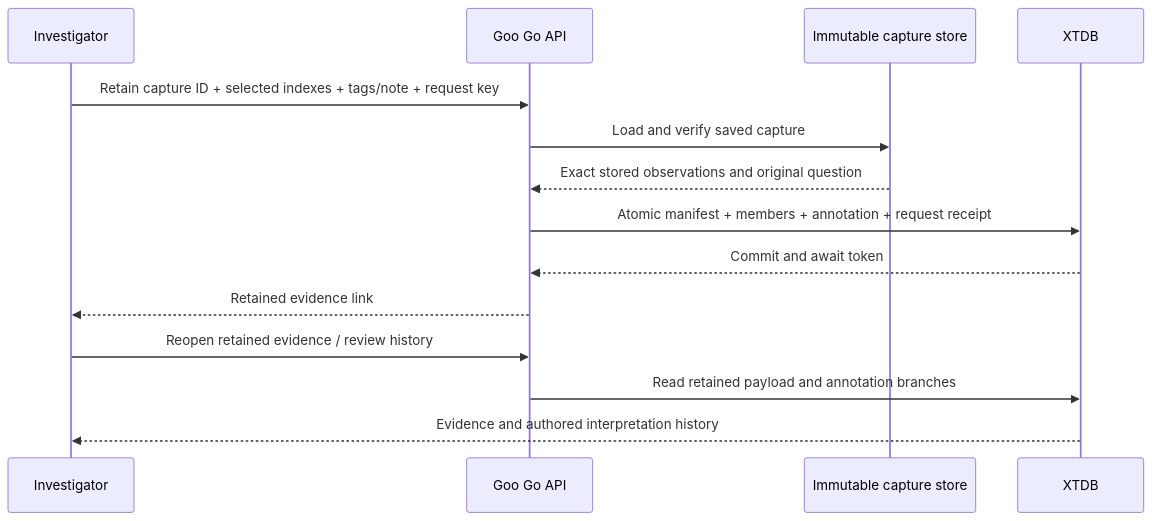
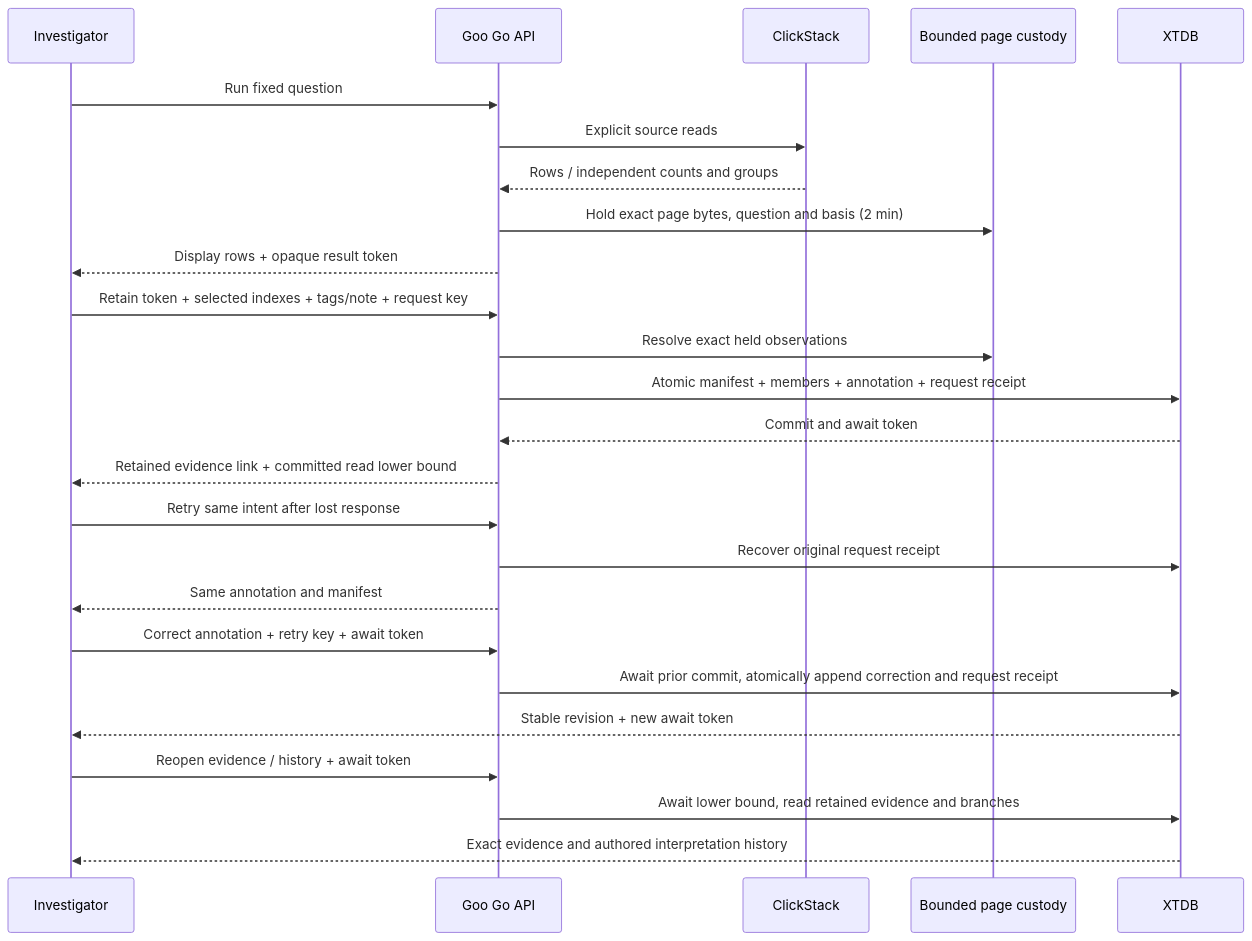
The diagram in docs/WORKBENCH_ANNOTATIONS.md (casselc/goo), drawn with Mermaid before and after one commit. The commit also changed other lines of this file and 43 other files, not shown here.

Commit message:
Retain exact live result selections with retry-safe native reviews

````diff
--- a/docs/WORKBENCH_ANNOTATIONS.md
+++ b/docs/WORKBENCH_ANNOTATIONS.md
@@ -83,16 +102,27 @@
 ```mermaid
 sequenceDiagram
     participant U as Investigator
     participant G as Goo Go API
-    participant C as Immutable capture store
+    participant S as ClickStack
+    participant P as Bounded page custody
     participant X as XTDB
-    U->>G: Retain capture ID + selected indexes + tags/note + request key
-    G->>C: Load and verify saved capture
-    C-->>G: Exact stored observations and original question
+    U->>G: Run fixed question
+    G->>S: Explicit source reads
+    S-->>G: Rows / independent counts and groups
+    G->>P: Hold exact page bytes, question and basis (2 min)
+    G-->>U: Display rows + opaque result token
+    U->>G: Retain token + selected indexes + tags/note + request key
+    G->>P: Resolve exact held observations
     G->>X: Atomic manifest + members + annotation + request receipt
     X-->>G: Commit and await token
-    G-->>U: Retained evidence link
-    U->>G: Reopen retained evidence / review history
-    G->>X: Read retained payload and annotation branches
-    X-->>U: Evidence and authored interpretation history
+    G-->>U: Retained evidence link + committed read lower bound
+    U->>G: Retry same intent after lost response
+    G->>X: Recover original request receipt
+    G-->>U: Same annotation and manifest
+    U->>G: Correct annotation + retry key + await token
+    G->>X: Await prior commit, atomically append correction and request receipt
+    X-->>U: Stable revision + new await token
+    U->>G: Reopen evidence / history + await token
+    G->>X: Await lower bound, read retained evidence and branches
+    X-->>U: Exact evidence and authored interpretation history
 ```
````
